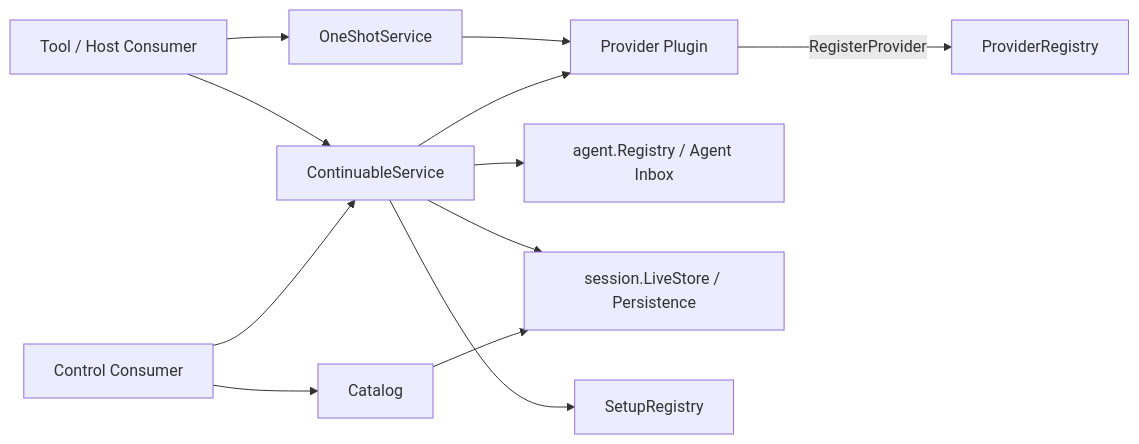
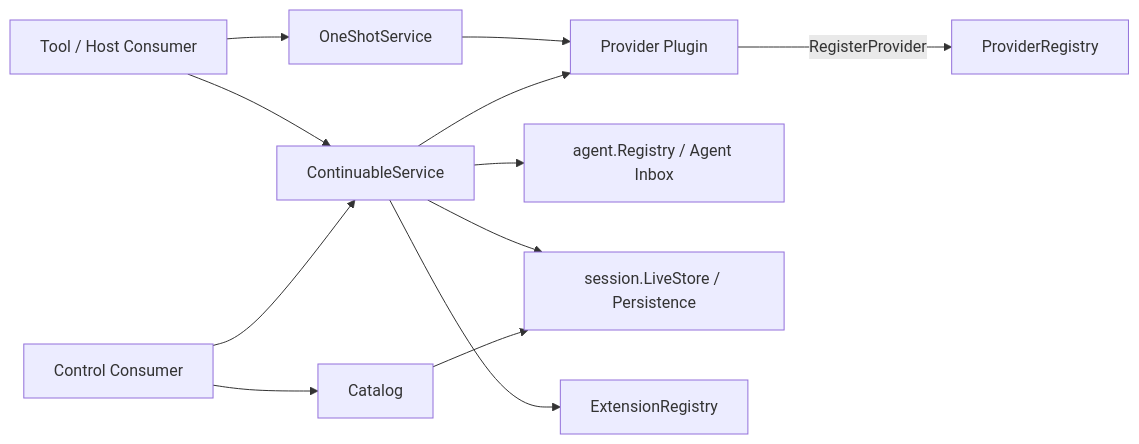
One commit to gorenx/goren changed the diagram in subagent/README.zh-CN.md. Above: the diagram before and after it, drawn with Mermaid. The commit also changed other lines of this file and 17 other files, not shown here.

````diff
--- a/subagent/README.zh-CN.md
+++ b/subagent/README.zh-CN.md
@@ -33,14 +33,14 @@
 ```mermaid
 flowchart LR
     Provider[Provider Plugin] -->|RegisterProvider| Registry[ProviderRegistry]
     Tool[Tool / Host Consumer] --> OneShot[OneShotService]
     Tool --> Continue[ContinuableService]
     Control[Control Consumer] --> Continue
     Control --> Catalog
     OneShot --> Provider
     Continue --> Provider
     Continue --> Agent[agent.Registry / Agent Inbox]
     Continue --> Session[session.LiveStore / Persistence]
-    Continue --> Setup[SetupRegistry]
+    Continue --> Extension[ExtensionRegistry]
     Catalog --> Session
 ```
````
